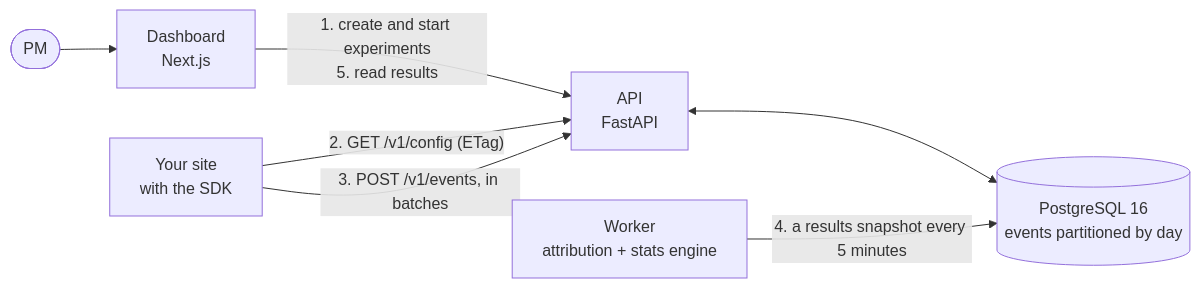
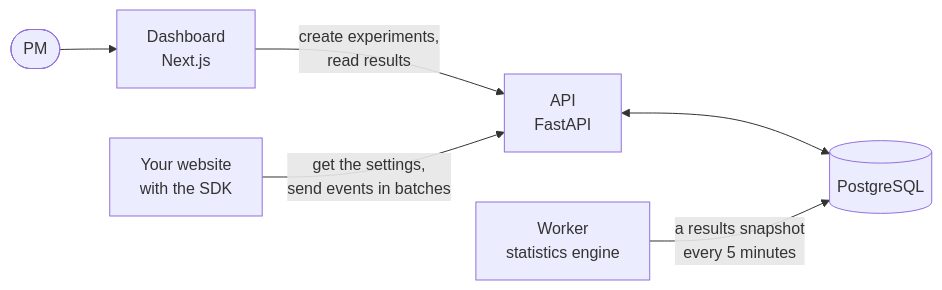
One commit to yengnongxiong/abtest-platform changed the first of 2 diagrams in README.md. Above: the diagram before and after it, drawn with Mermaid. The commit also changed other lines of this file and 27 other files, not shown here.

First line of the commit message:
README for recruiters: walkthrough screenshots, architecture doc, folder READMEs

````diff
--- a/README.md
+++ b/README.md
@@ -57,9 +99,8 @@
 ```mermaid
 flowchart LR
     pm(["PM"]) --> web["Dashboard<br/>Next.js"]
-    web -->|"1. create and start experiments<br/>5. read results"| api["API<br/>FastAPI"]
-    site["Your site<br/>with the SDK"] -->|"2. GET /v1/config (ETag)"| api
-    site -->|"3. POST /v1/events, in batches"| api
-    api <--> db[("PostgreSQL 16<br/>events partitioned by day")]
-    worker["Worker<br/>attribution + stats engine"] -->|"4. a results snapshot every 5 minutes"| db
+    web -->|"create experiments,<br/>read results"| api["API<br/>FastAPI"]
+    site["Your website<br/>with the SDK"] -->|"get the settings,<br/>send events in batches"| api
+    api <--> db[("PostgreSQL")]
+    worker["Worker<br/>statistics engine"] -->|"a results snapshot<br/>every 5 minutes"| db
 ```
````
